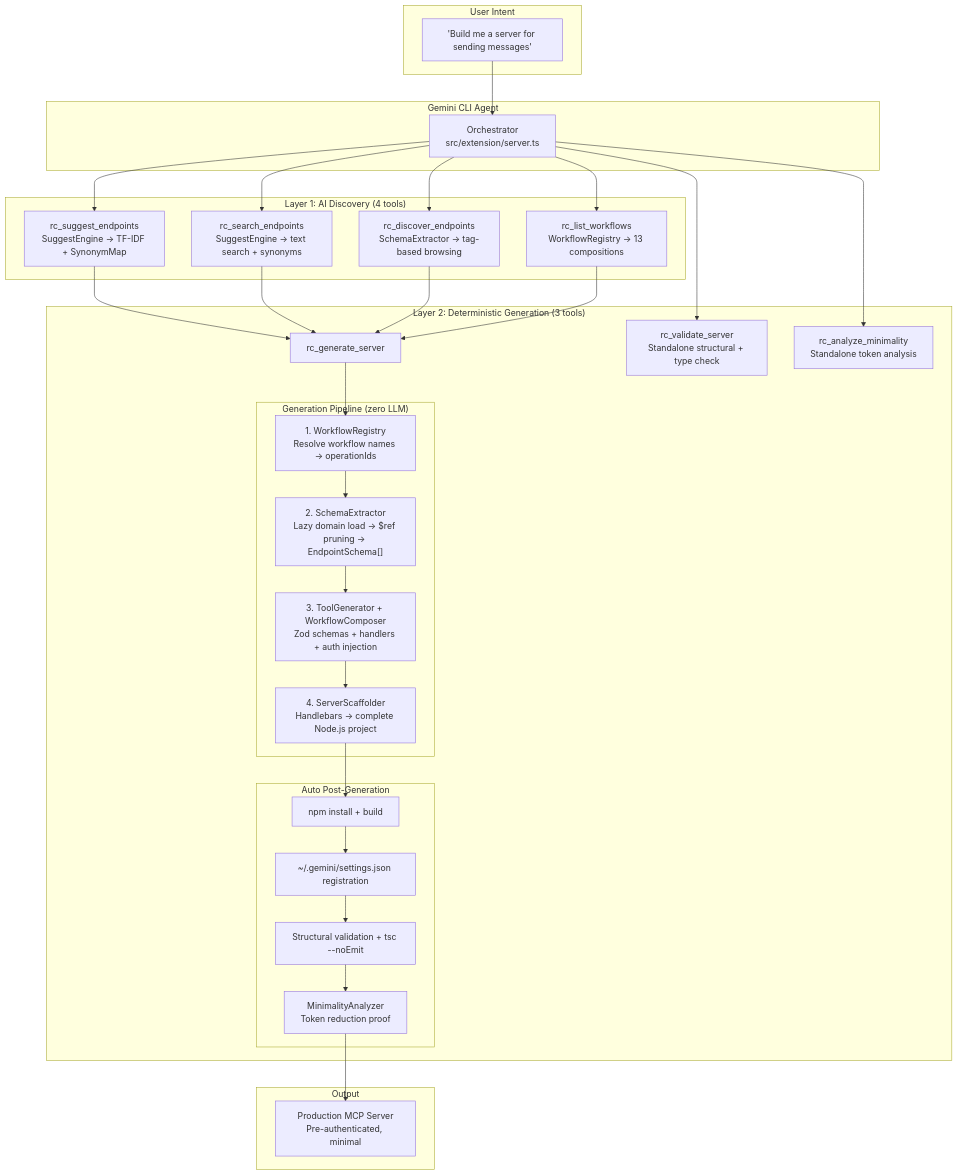
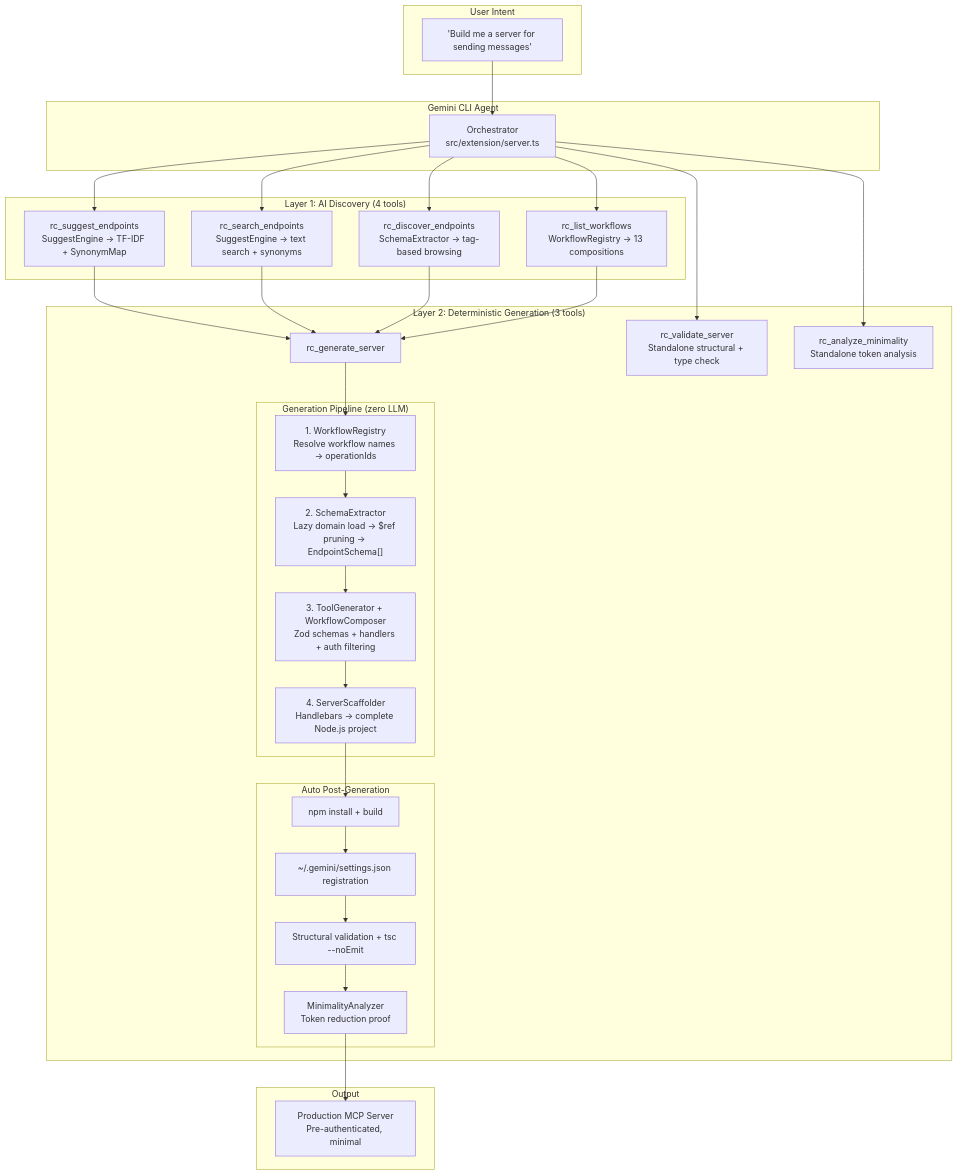
One commit to thekishandev/MCP-Server-Generator changed the diagram in README.md. Above: the diagram before and after it, drawn with Mermaid. The commit also changed other lines of this file and 119 other files, not shown here.

````diff
--- a/README.md
+++ b/README.md
@@ -63,49 +65,49 @@
 ```mermaid
 flowchart TB
     subgraph USER["User Intent"]
         I["'Build me a server for sending messages'"]
     end
 
     subgraph AGENT["Gemini CLI Agent"]
         O["Orchestrator\nsrc/extension/server.ts"]
     end
 
     subgraph L1["Layer 1: AI Discovery (4 tools)"]
         S["rc_suggest_endpoints\nSuggestEngine → TF-IDF + SynonymMap"]
         SE["rc_search_endpoints\nSuggestEngine → text search + synonyms"]
         D["rc_discover_endpoints\nSchemaExtractor → tag-based browsing"]
         W["rc_list_workflows\nWorkflowRegistry → 13 compositions"]
     end
 
     subgraph L2["Layer 2: Deterministic Generation (3 tools)"]
         G["rc_generate_server"]
         subgraph PIPE["Generation Pipeline (zero LLM)"]
             P1["1. WorkflowRegistry\nResolve workflow names → operationIds"]
             P2["2. SchemaExtractor\nLazy domain load → $ref pruning → EndpointSchema[]"]
-            P3["3. ToolGenerator + WorkflowComposer\nZod schemas + handlers + auth injection"]
+            P3["3. ToolGenerator + WorkflowComposer\nZod schemas + handlers + auth filtering"]
             P4["4. ServerScaffolder\nHandlebars → complete Node.js project"]
         end
         subgraph POST["Auto Post-Generation"]
             P5["npm install + build"]
             P6["~/.gemini/settings.json registration"]
             P7["Structural validation + tsc --noEmit"]
             P8["MinimalityAnalyzer\nToken reduction proof"]
         end
         V["rc_validate_server\nStandalone structural + type check"]
         A["rc_analyze_minimality\nStandalone token analysis"]
     end
 
     subgraph OUT["Output"]
         SRV["Production MCP Server\nPre-authenticated, minimal"]
     end
 
     I --> O
     O --> S & SE & D & W
 
     S & SE & D & W --> G
 
     G --> P1 --> P2 --> P3 --> P4 --> P5 --> P6 --> P7 --> P8 --> SRV
 
     O --> V
     O --> A
 ```
````
